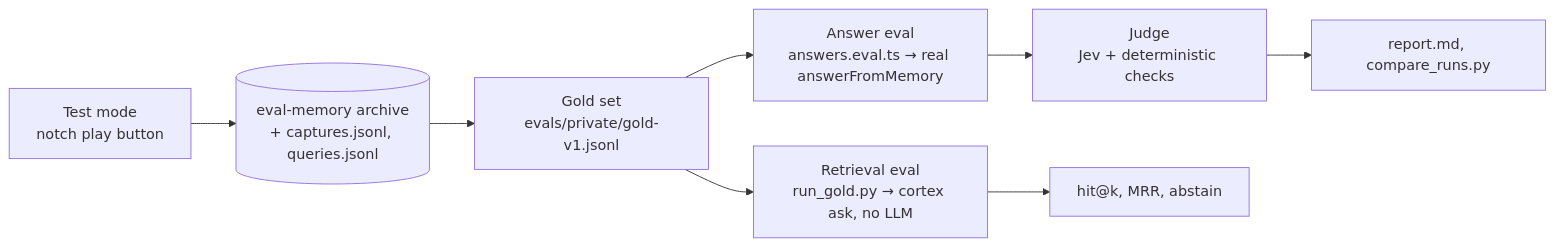
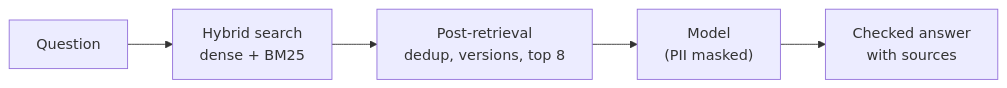
One commit to vashispa27/cortex changed the second of 3 diagrams in README.md. Above: the diagram before and after it, drawn with Mermaid. The commit also changed other lines of this file and 368 other files, not shown here.

````diff
--- a/README.md
+++ b/README.md
@@ -223,10 +38,7 @@
 ```mermaid
 flowchart LR
-    TM["Test mode<br/>notch play button"] --> EA[("eval-memory archive<br/>+ captures.jsonl, queries.jsonl")]
-    EA --> GOLD["Gold set<br/>evals/private/gold-v1.jsonl"]
-    GOLD --> RE["Retrieval eval<br/>run_gold.py → cortex ask, no LLM"]
-    GOLD --> AE["Answer eval<br/>answers.eval.ts → real answerFromMemory"]
-    AE --> J["Judge<br/>Jev + deterministic checks"]
-    RE --> M1["hit@k, MRR, abstain"]
-    J --> M2["report.md, compare_runs.py"]
+    Q[Question] --> R["Hybrid search<br/>dense + BM25"]
+    R --> P["Post-retrieval<br/>dedup, versions, top 8"]
+    P --> L["Model<br/>(PII masked)"]
+    L --> V["Checked answer<br/>with sources"]
 ```
````
